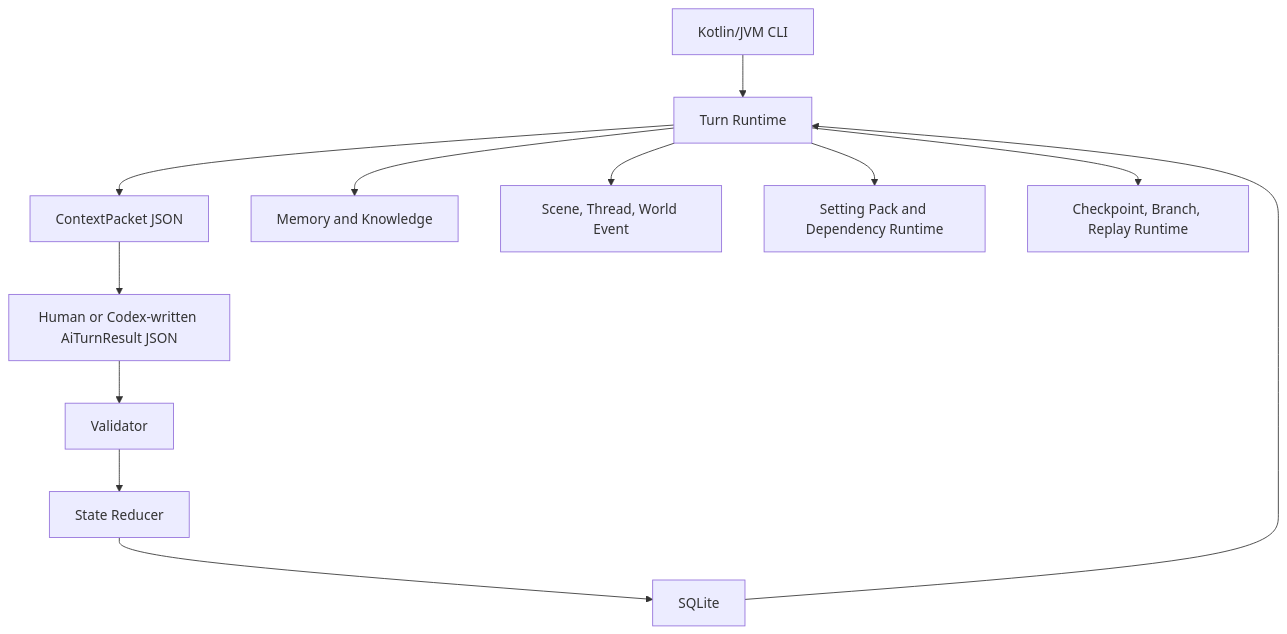
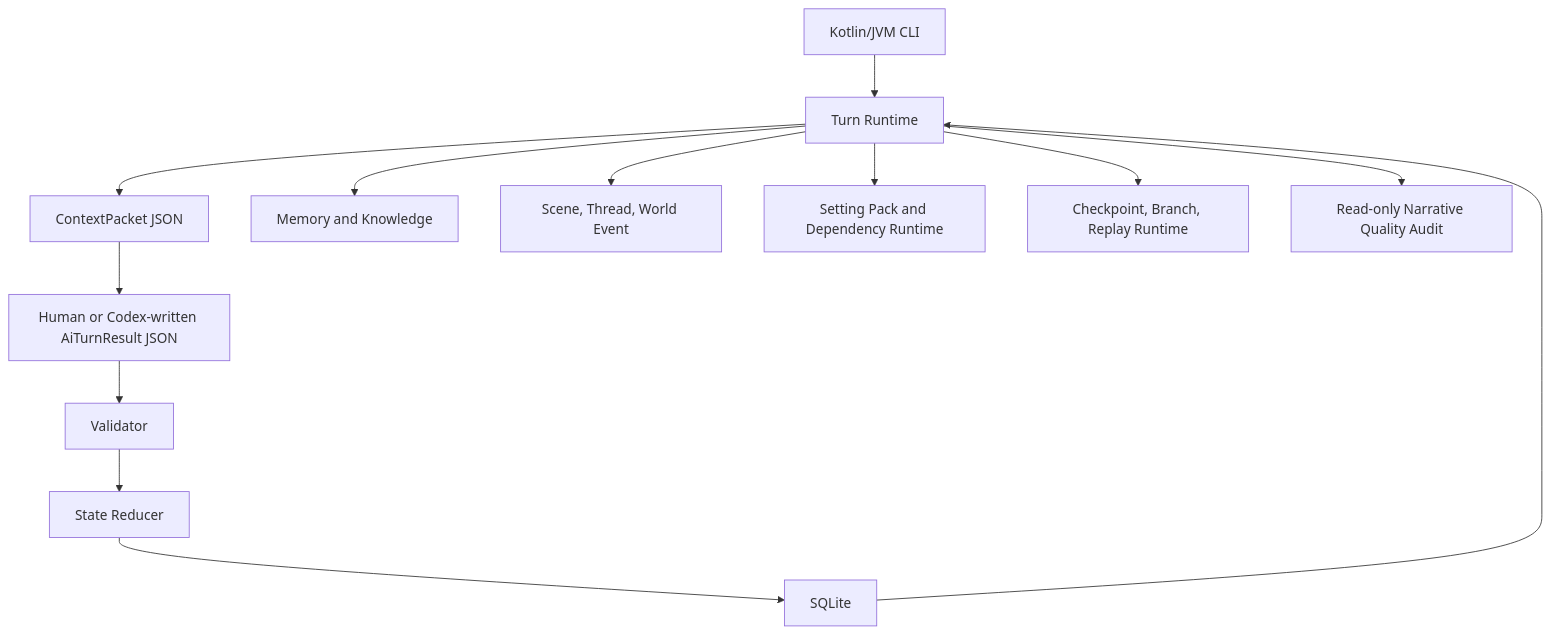
One commit to z72124223/ai-novel-engine changed the first of 2 diagrams in docs/PROJECT_STRUCTURE_REPORT.md. Above: the diagram before and after it, drawn with Mermaid. The commit also changed other lines of this file and 3 other files, not shown here.

````diff
--- a/docs/PROJECT_STRUCTURE_REPORT.md
+++ b/docs/PROJECT_STRUCTURE_REPORT.md
@@ -31,15 +35,16 @@
 ```mermaid
 flowchart TD
   CLI["Kotlin/JVM CLI"] --> Runtime["Turn Runtime"]
   Runtime --> Context["ContextPacket JSON"]
   Context --> HumanAI["Human or Codex-written AiTurnResult JSON"]
   HumanAI --> Validator["Validator"]
   Validator --> Reducer["State Reducer"]
   Reducer --> DB["SQLite"]
   DB --> Runtime
 
   Runtime --> Memory["Memory and Knowledge"]
   Runtime --> Scene["Scene, Thread, World Event"]
   Runtime --> Setting["Setting Pack and Dependency Runtime"]
   Runtime --> Timeline["Checkpoint, Branch, Replay Runtime"]
+  Runtime --> Audit["Read-only Narrative Quality Audit"]
 ```
````
